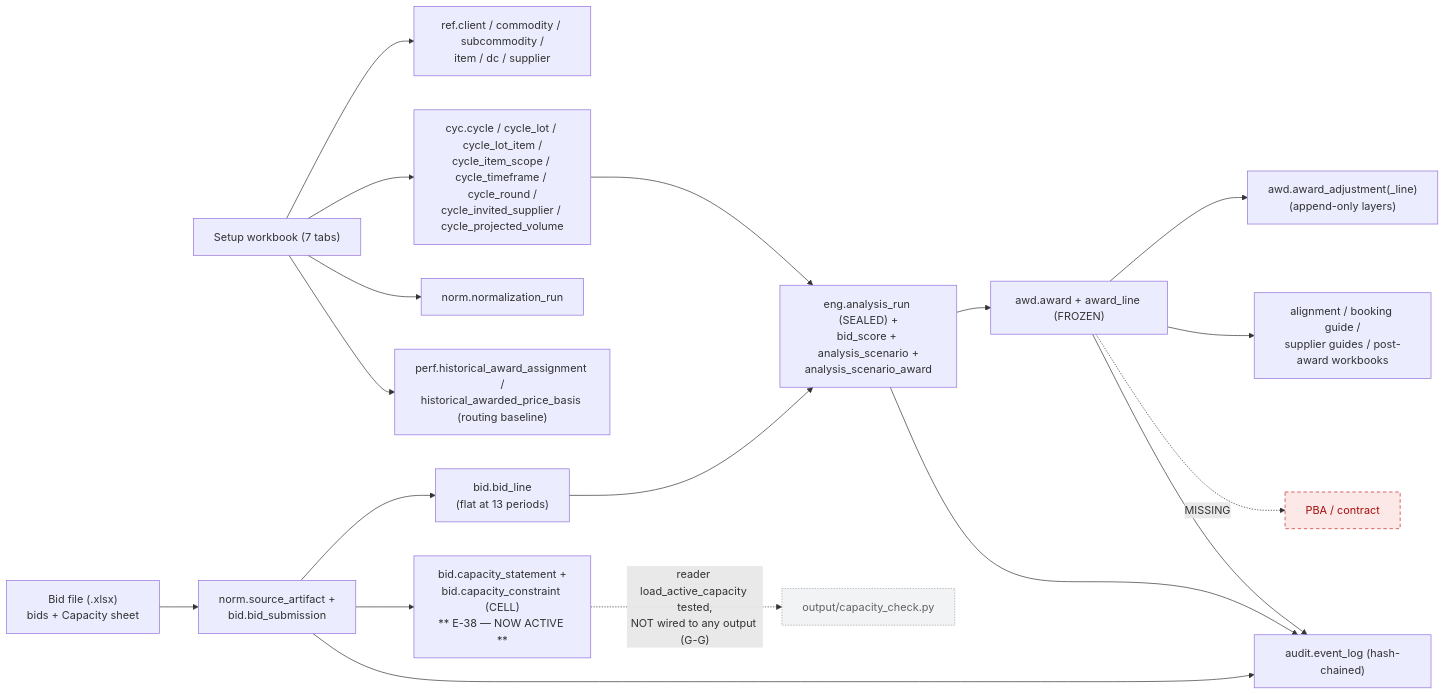
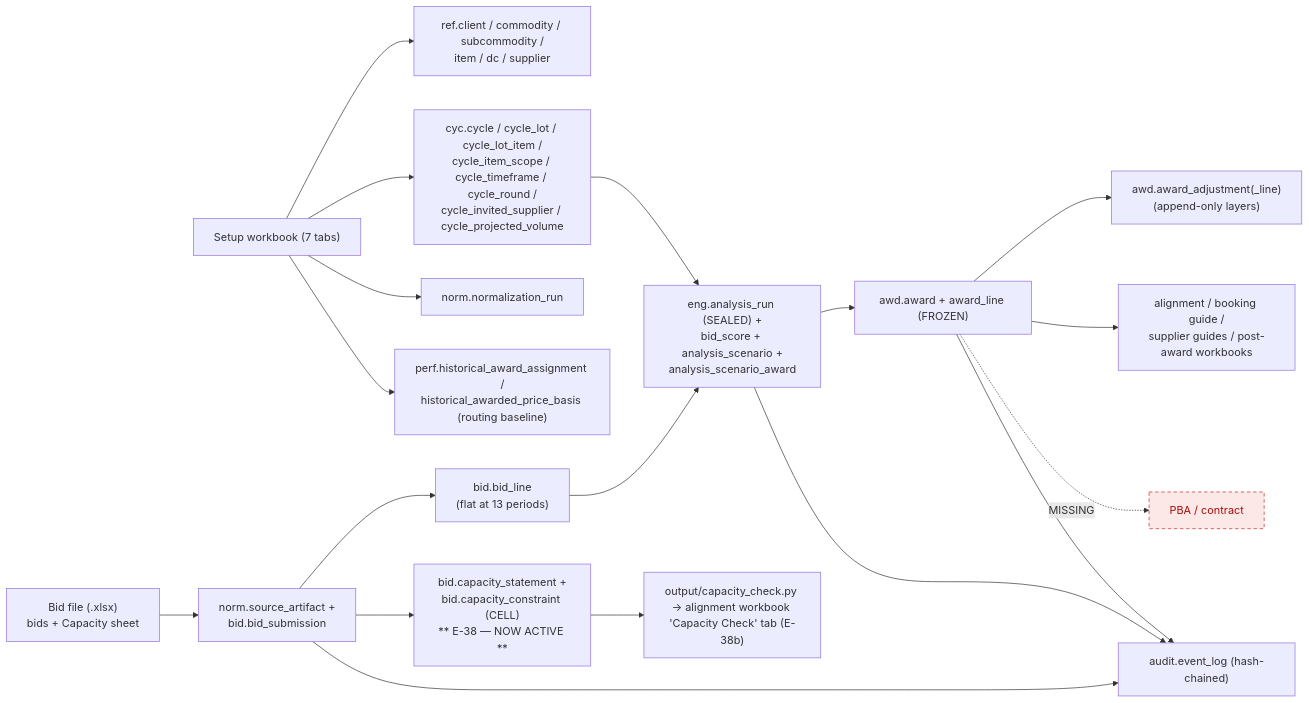
Before and after one commit to eddgue/KR_RFP: the second of 2 diagrams in project/07_AS_BUILT_PROCESS_AUDIT.md, drawn with Mermaid. The commit also changed other lines of this file and 5 other files, not shown here.

````diff
--- a/project/07_AS_BUILT_PROCESS_AUDIT.md
+++ b/project/07_AS_BUILT_PROCESS_AUDIT.md
@@ -144,22 +148,22 @@
 ```mermaid
 flowchart LR
     classDef missing fill:#fce8e6,stroke:#c5221f,color:#a50e0e,stroke-dasharray:5 4;
     classDef dormant fill:#f1f3f4,stroke:#9aa0a6,color:#5f6368,stroke-dasharray:2 2;
     SW["Setup workbook (7 tabs)"] --> REF["ref.client / commodity / subcommodity /<br/>item / dc / supplier"]
     SW --> CYC["cyc.cycle / cycle_lot / cycle_lot_item /<br/>cycle_item_scope / cycle_timeframe / cycle_round /<br/>cycle_invited_supplier / cycle_projected_volume"]
     SW --> NRUN["norm.normalization_run"]
     SW --> PERF["perf.historical_award_assignment /<br/>historical_awarded_price_basis (routing baseline)"]
     BF["Bid file (.xlsx)<br/>bids + Capacity sheet"] --> ART["norm.source_artifact +<br/>bid.bid_submission"]
     ART --> BL["bid.bid_line<br/>(flat at 13 periods)"]
     ART --> CAP["bid.capacity_statement +<br/>bid.capacity_constraint (CELL)<br/>** E-38 — NOW ACTIVE **"]
     BL --> ENG["eng.analysis_run (SEALED) +<br/>bid_score + analysis_scenario +<br/>analysis_scenario_award"]
     CYC --> ENG
     ENG --> AWD["awd.award + award_line (FROZEN)"]
     AWD --> ADJ["awd.award_adjustment(_line)<br/>(append-only layers)"]
     AWD --> OUT["alignment / booking guide /<br/>supplier guides / post-award workbooks"]
-    CAP -. "reader load_active_capacity tested,<br/>NOT wired to any output (G-G)" .-> CK["output/capacity_check.py"]:::dormant
+    CAP --> CK["output/capacity_check.py → alignment workbook 'Capacity Check' tab (E-38b)"]
     ART --> AUD["audit.event_log (hash-chained)"]
     ENG --> AUD
     AWD --> AUD
     AWD -. "MISSING" .-> CON["PBA / contract"]:::missing
 ```
````
